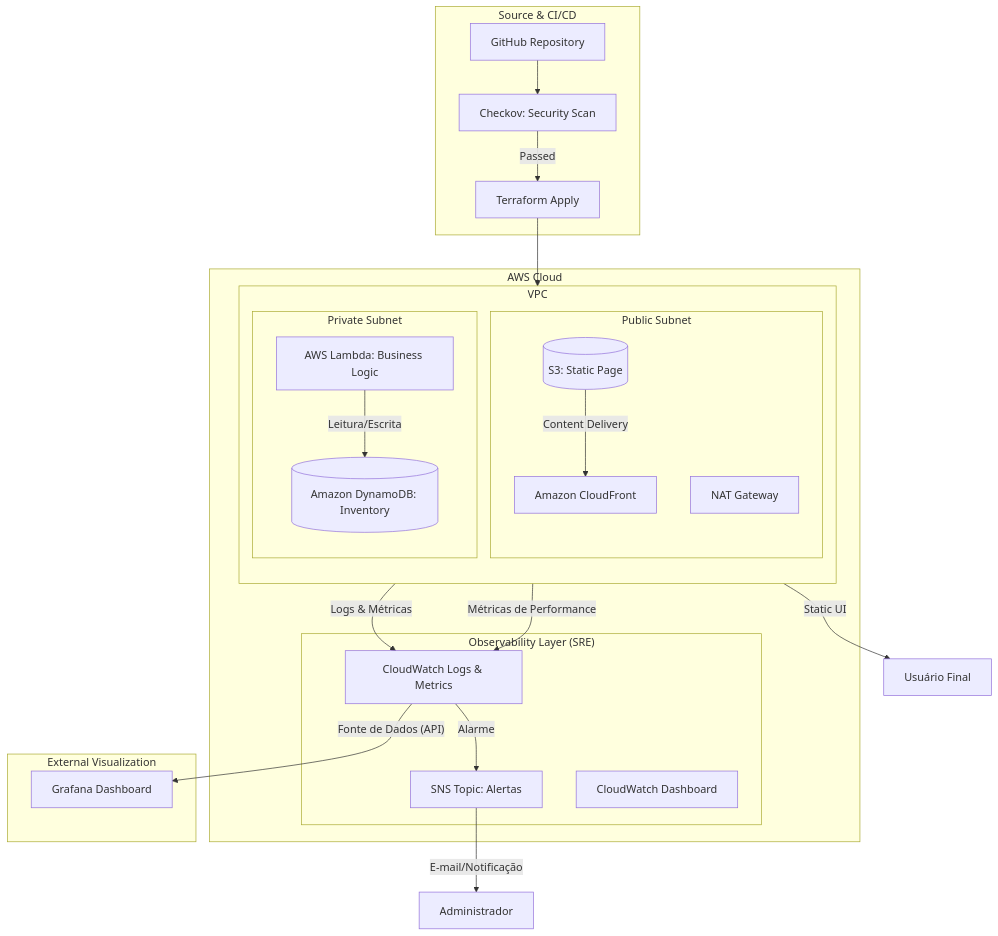
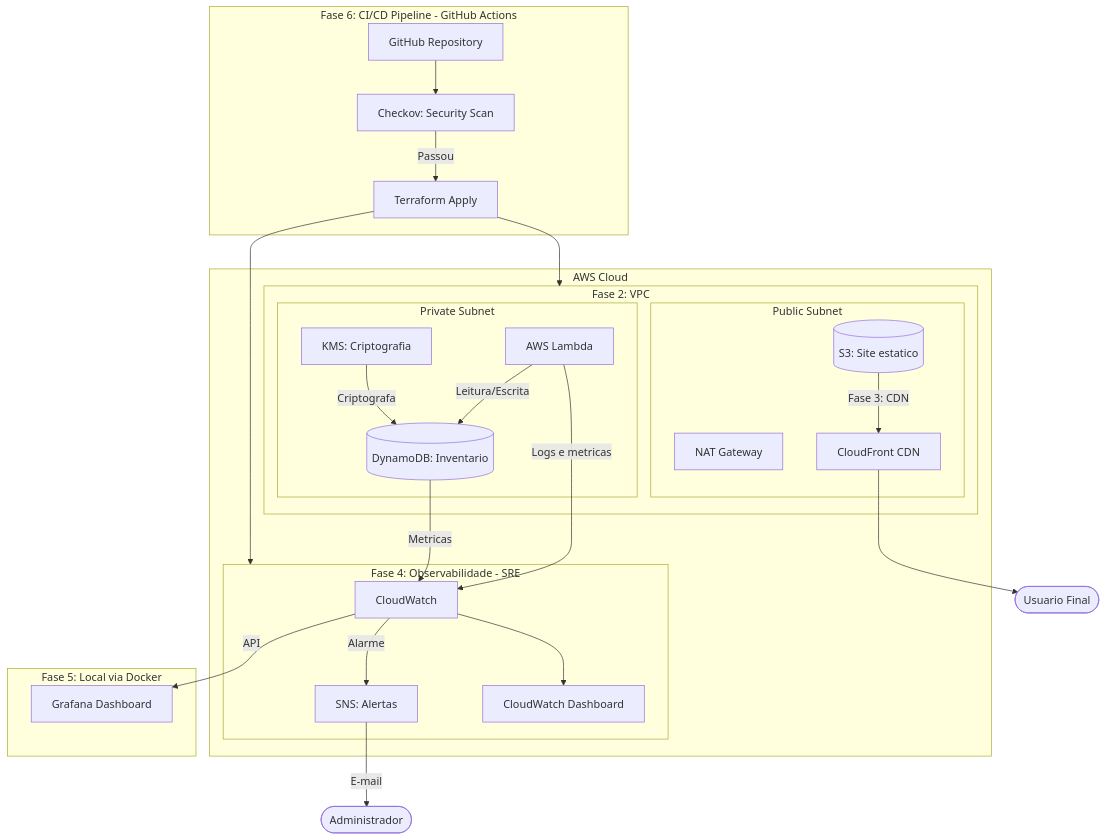
One commit to fabsakae/cloud-retail-automator changed the diagram in README.md. Above: the diagram before and after it, drawn with Mermaid. The commit also changed 1 other file, not shown here.

Commit message:
feat: change mermaid code

````diff
--- a/README.md
+++ b/README.md
@@ -11,47 +11,51 @@
 ```mermaid
 graph TB
-    subgraph "Source & CI/CD"
+    subgraph CICD["Fase 6: CI/CD Pipeline - GitHub Actions"]
         GH[GitHub Repository]
         CKV[Checkov: Security Scan]
         TF[Terraform Apply]
     end
 
-    subgraph "AWS Cloud"
-        subgraph "VPC"
-            direction TB
-            subgraph "Public Subnet"
+    subgraph AWS["AWS Cloud"]
+        subgraph VPC["Fase 2: VPC"]
+            subgraph PUB["Public Subnet"]
                 NAT[NAT Gateway]
-                CF[Amazon CloudFront]
-                S3[(S3: Static Page)]
+                CF[CloudFront CDN]
+                S3[(S3: Site estatico)]
             end
-            
-            subgraph "Private Subnet"
-                Lambda[AWS Lambda: Business Logic]
-                DB[(Amazon DynamoDB: Inventory)]
+            subgraph PRIV["Private Subnet"]
+                Lambda[AWS Lambda]
+                DB[(DynamoDB: Inventario)]
+                KMS[KMS: Criptografia]
             end
         end
-
-        subgraph "Observability Layer (SRE)"
-            CW[CloudWatch Logs & Metrics]
-            SNS[SNS Topic: Alertas]
+        subgraph OBS["Fase 4: Observabilidade - SRE"]
+            CW[CloudWatch]
+            SNS[SNS: Alertas]
             Dash[CloudWatch Dashboard]
         end
     end
 
-    subgraph "External Visualization"
+    subgraph LOCAL["Fase 5: Local via Docker"]
         Grafana[Grafana Dashboard]
     end
 
+    User([Usuario Final])
+    Admin([Administrador])
+
     GH --> CKV
-    CKV -- "Passed" --> TF
+    CKV -- Passou --> TF
     TF --> VPC
-    Lambda -- "Leitura/Escrita" --> DB
-    Lambda -- "Logs & Métricas" --> CW
-    DB -- "Métricas de Performance" --> CW
-    S3 -- "Content Delivery" --> CF
-    CF -- "Static UI" --> User[Usuário Final]
-    CW -- "Alarme" --> SNS
-    SNS -- "E-mail/Notificação" --> Admin[Administrador]
-    CW -- "Fonte de Dados (API)" --> Grafana
+    TF --> OBS
+    Lambda -- Leitura/Escrita --> DB
+    KMS -- Criptografa --> DB
+    Lambda -- Logs e metricas --> CW
+    DB -- Metricas --> CW
+    S3 -- Fase 3: CDN --> CF
+    CF --> User
+    CW -- Alarme --> SNS
+    CW --> Dash
+    SNS -- E-mail --> Admin
+    CW -- API --> Grafana
 
 ```
````
